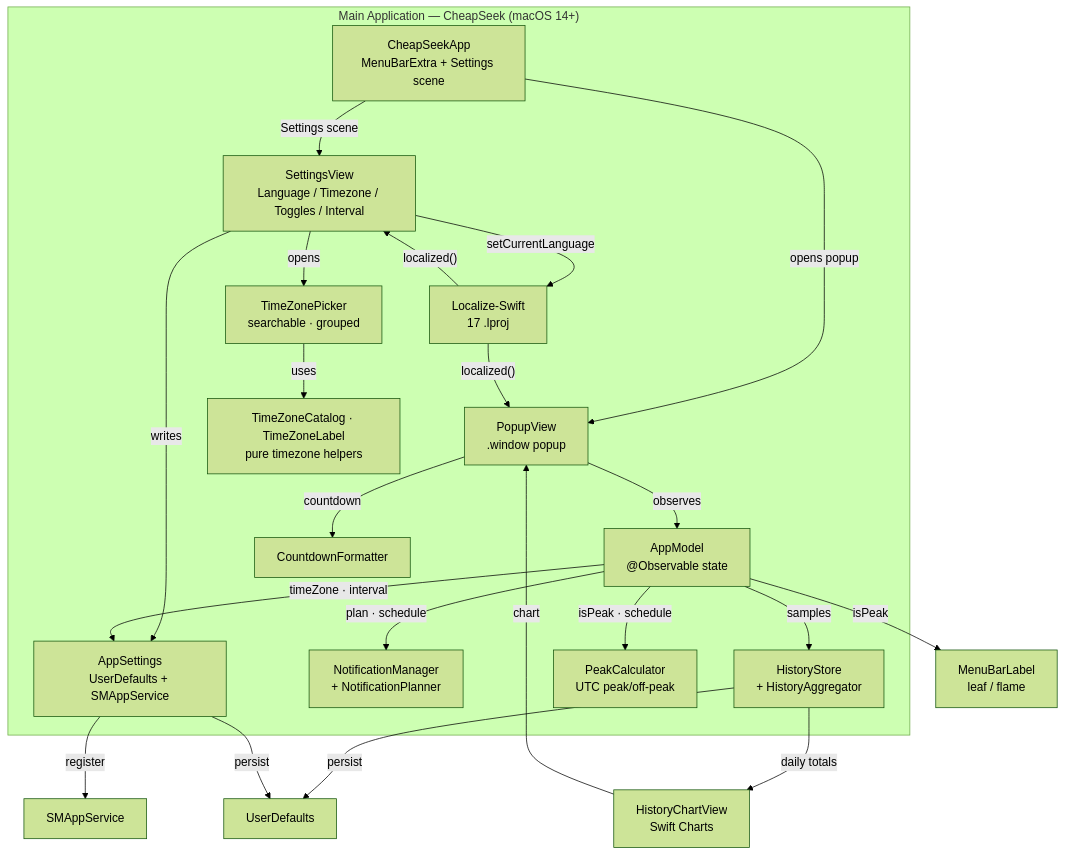
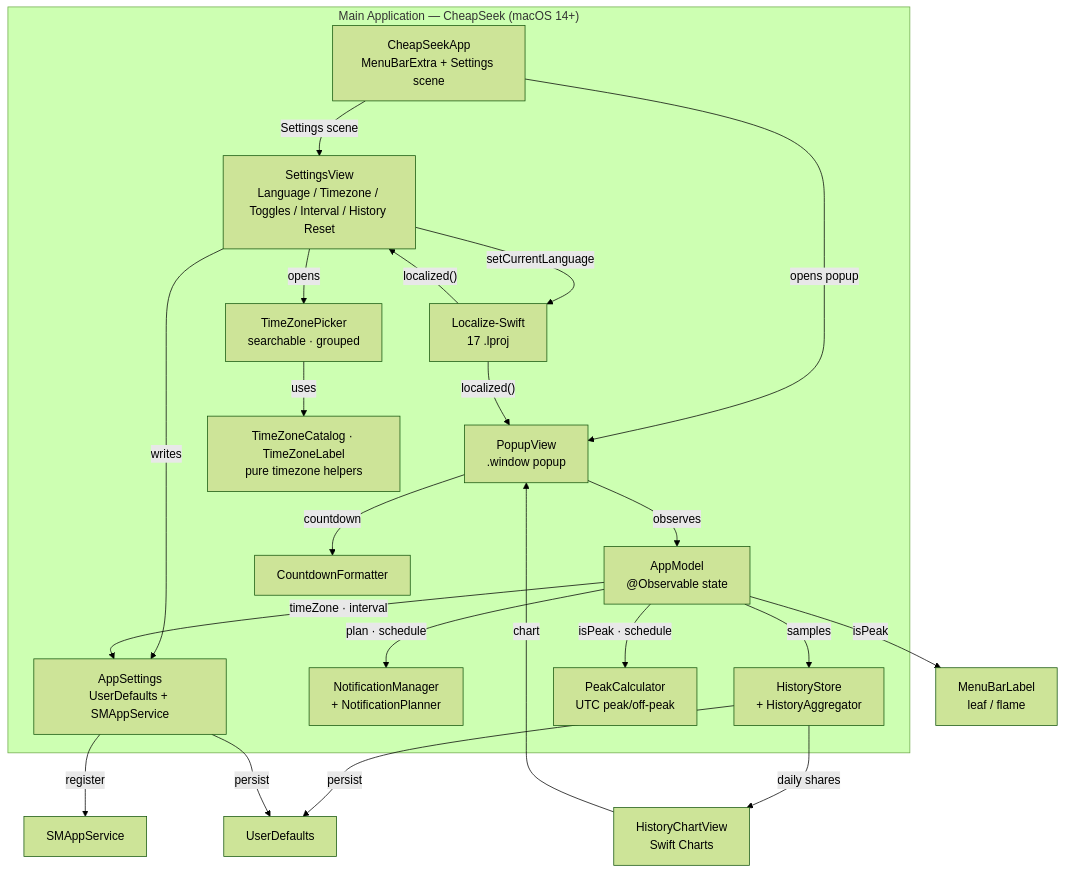
Before and after one commit to mahirfatih/cheapseek: the diagram in README.md, drawn with Mermaid (forest theme). The commit also changed other lines of this file and 41 other files, not shown here.

Commit message:
Normalize history chart to per-day peak shares with a current-day marker

````diff
--- a/README.md
+++ b/README.md
@@ -74,38 +74,38 @@
 ```mermaid
 graph TD
     subgraph App["Main Application — CheapSeek (macOS 14+)"]
         Entry["CheapSeekApp<br/>MenuBarExtra + Settings scene"]
         Popup["PopupView<br/>.window popup"]
-        Settings["SettingsView<br/>Language / Timezone / Toggles / Interval"]
+        Settings["SettingsView<br/>Language / Timezone / Toggles / Interval / History Reset"]
         Picker["TimeZonePicker<br/>searchable · grouped"]
         Zone["TimeZoneCatalog · TimeZoneLabel<br/>pure timezone helpers"]
         Model["AppModel<br/>@Observable state"]
         Config["AppSettings<br/>UserDefaults + SMAppService"]
         Notify["NotificationManager<br/>+ NotificationPlanner"]
         History["HistoryStore<br/>+ HistoryAggregator"]
         Core["PeakCalculator<br/>UTC peak/off-peak"]
         Fmt["CountdownFormatter"]
         L10n["Localize-Swift<br/>17 .lproj"]
     end
 
     Entry -->|"opens popup"| Popup
     Entry -->|"Settings scene"| Settings
     Popup -->|"observes"| Model
     Popup -->|"countdown"| Fmt
     Settings -->|"writes"| Config
     Settings -->|"opens"| Picker
     Picker -->|"uses"| Zone
     Settings -->|"setCurrentLanguage"| L10n
     Model -->|"isPeak · schedule"| Core
     Model -->|"isPeak"| Label["MenuBarLabel<br/>leaf / flame"]
     Model -->|"timeZone · interval"| Config
     Model -->|"plan · schedule"| Notify
     Model -->|"samples"| History
-    History -->|"daily totals"| Chart["HistoryChartView<br/>Swift Charts"]
+    History -->|"daily shares"| Chart["HistoryChartView<br/>Swift Charts"]
     Chart -->|"chart"| Popup
     History -->|"persist"| Store["UserDefaults"]
     Config -->|"persist"| Store["UserDefaults"]
     Config -->|"register"| SM["SMAppService"]
     L10n -->|"localized()"| Popup
     L10n -->|"localized()"| Settings
 ```
````
